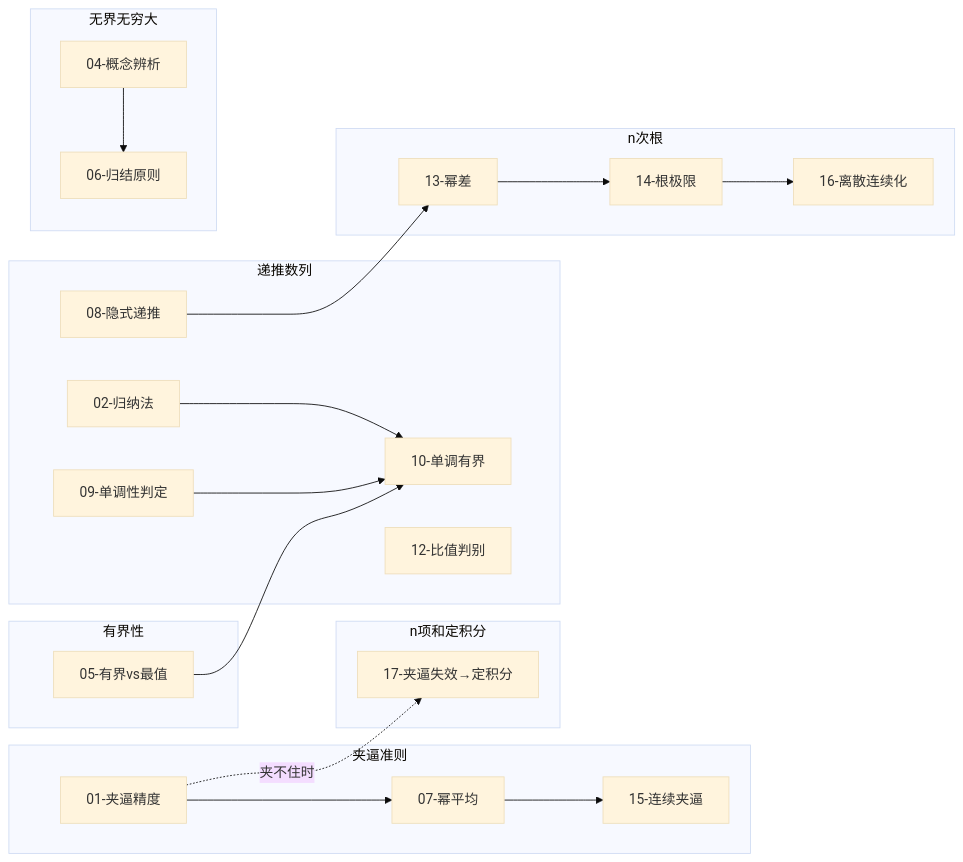
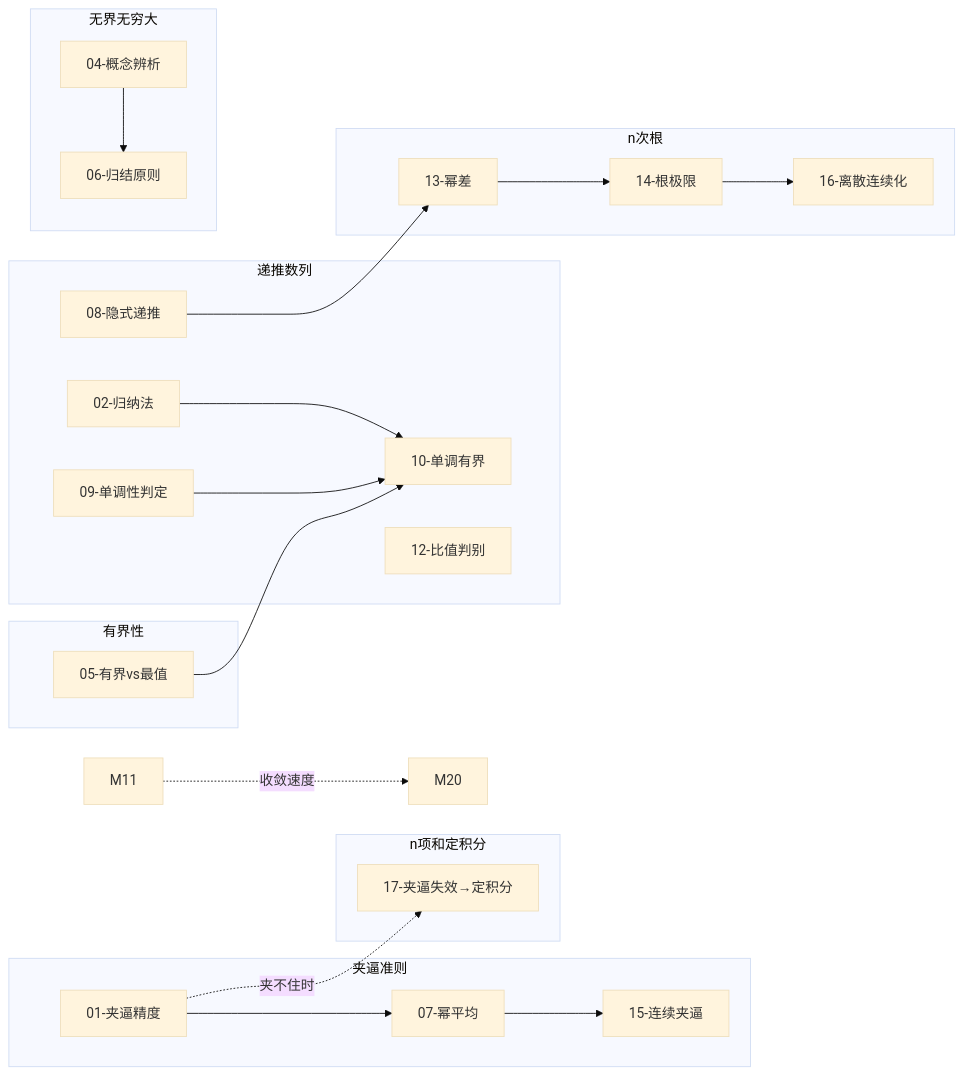
The diagram in 考研数学/高数-数列极限/错题本.md (Treasoni/kaoyan), drawn with Mermaid (base theme) before and after one commit. The commit also changed other lines of this file and 2 other files, not shown here.

````diff
--- a/考研数学/高数-数列极限/错题本.md
+++ b/考研数学/高数-数列极限/错题本.md
@@ -84,46 +85,47 @@
 ```mermaid
 graph LR
     subgraph 夹逼准则
         M01[01-夹逼精度]
         M07[07-幂平均]
         M15[15-连续夹逼]
     end
 
     subgraph n项和定积分
         M17[17-夹逼失效→定积分]
     end
 
     subgraph 递推数列
         M02[02-归纳法]
         M08[08-隐式递推]
         M09[09-单调性判定]
         M10[10-单调有界]
         M12[12-比值判别]
     end
 
     subgraph 有界性
         M05[05-有界vs最值]
     end
 
     subgraph 无界无穷大
         M04[04-概念辨析]
         M06[06-归结原则]
     end
 
     subgraph n次根
         M13[13-幂差]
         M14[14-根极限]
         M16[16-离散连续化]
     end
 
     M01 --> M07
     M07 --> M15
     M01 -.->|夹不住时| M17
     M02 --> M10
     M09 --> M10
     M04 --> M06
     M08 --> M13
     M13 --> M14
     M14 --> M16
     M05 --> M10
+    M11 -.->|收敛速度| M20
 ```
````
